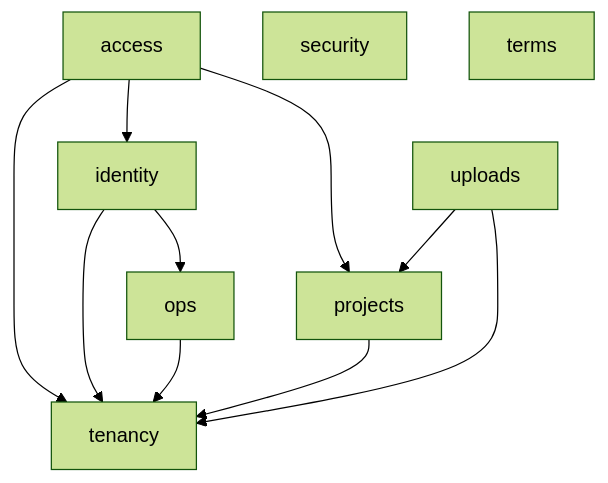
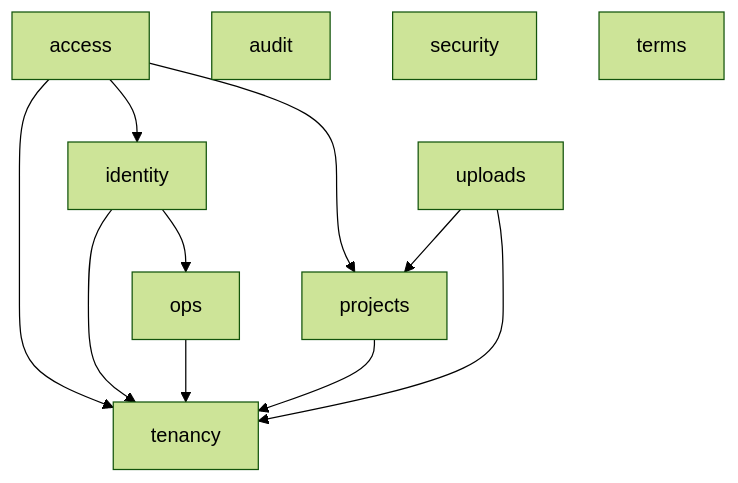
Before and after one commit to kingdonk-ops/Project-AIP: the diagram in docs/architecture/module-map.md, drawn with Mermaid (forest theme). The commit also changed other lines of this file and 37 other files, not shown here.

````diff
--- a/docs/architecture/module-map.md
+++ b/docs/architecture/module-map.md
@@ -23,15 +24,16 @@
 ```mermaid
 graph TD
     access --> identity
     access --> projects
     access --> tenancy
+    audit
     identity --> ops
     identity --> tenancy
     ops --> tenancy
     projects --> tenancy
     security
     tenancy
     terms
     uploads --> projects
     uploads --> tenancy
 ```
````
